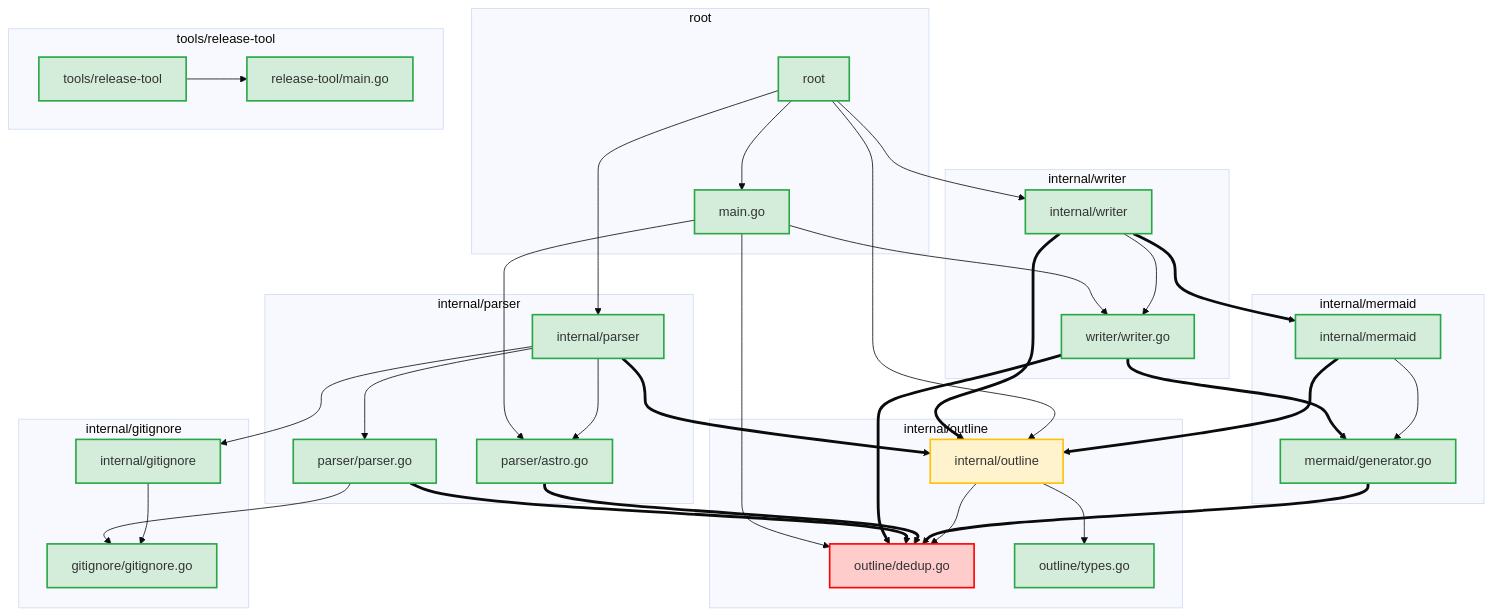
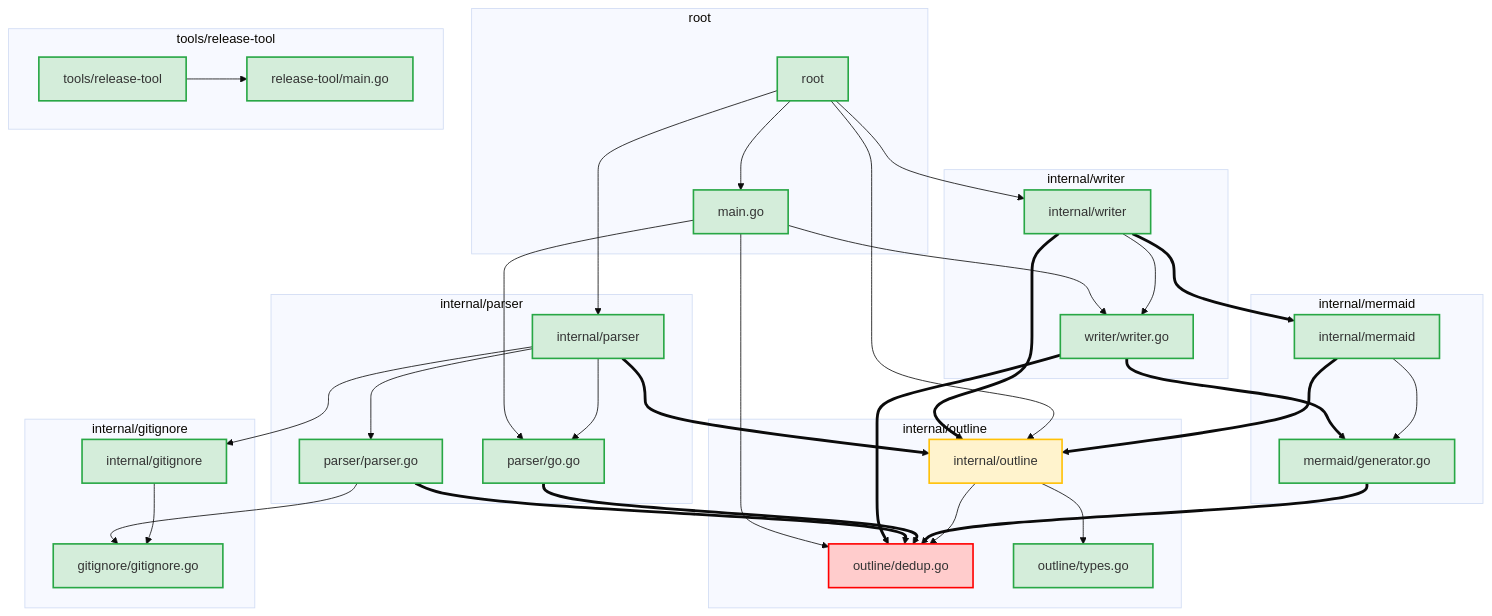
The diagram in codebrev.md (jasonwillschiu/codebrev), drawn with Mermaid (base theme) before and after one commit. The commit also changed other lines of this file and 11 other files, not shown here.

````diff
--- a/codebrev.md
+++ b/codebrev.md
@@ -10,79 +10,79 @@
 ```mermaid
 graph TB
     P0["root"]:::lowRisk
     P1["internal/gitignore"]:::lowRisk
     P2["internal/mermaid"]:::lowRisk
     P3["internal/outline"]:::mediumRisk
     P4["internal/parser"]:::lowRisk
     P5["internal/writer"]:::lowRisk
     P6["tools/release-tool"]:::lowRisk
 
     subgraph pkg_root ["root"]
         P0
         F0["main.go"]:::lowRisk
         P0 --> F0
     end
 
     subgraph pkg_internal_gitignore ["internal/gitignore"]
         P1
         F1["gitignore/gitignore.go"]:::lowRisk
         P1 --> F1
     end
 
     subgraph pkg_internal_mermaid ["internal/mermaid"]
         P2
         F2["mermaid/generator.go"]:::lowRisk
         P2 --> F2
     end
 
     subgraph pkg_internal_outline ["internal/outline"]
         P3
         F3["outline/dedup.go"]:::highRisk
         P3 --> F3
         F4["outline/types.go"]:::lowRisk
         P3 --> F4
     end
 
     subgraph pkg_internal_parser ["internal/parser"]
         P4
-        F5["parser/astro.go"]:::lowRisk
+        F5["parser/go.go"]:::lowRisk
         P4 --> F5
         F6["parser/parser.go"]:::lowRisk
         P4 --> F6
     end
 
     subgraph pkg_internal_writer ["internal/writer"]
         P5
         F7["writer/writer.go"]:::lowRisk
         P5 --> F7
     end
 
     subgraph pkg_tools_release_tool ["tools/release-tool"]
         P6
         F8["release-tool/main.go"]:::lowRisk
         P6 --> F8
     end
 
     P0 --> P3
     P0 --> P4
     P0 --> P5
     P2 ==> P3
     P4 ==> P3
     P4 --> P1
     P5 ==> P2
     P5 ==> P3
 
     F2 ==> F3
     F5 ==> F3
     F6 --> F1
     F6 ==> F3
     F7 ==> F2
     F7 ==> F3
     F0 --> F3
     F0 --> F5
     F0 --> F7
 
     classDef highRisk fill:#ffcccc,stroke:#ff0000,stroke-width:2px
     classDef mediumRisk fill:#fff3cd,stroke:#ffc107,stroke-width:2px
     classDef lowRisk fill:#d4edda,stroke:#28a745,stroke-width:2px
 ```
````
